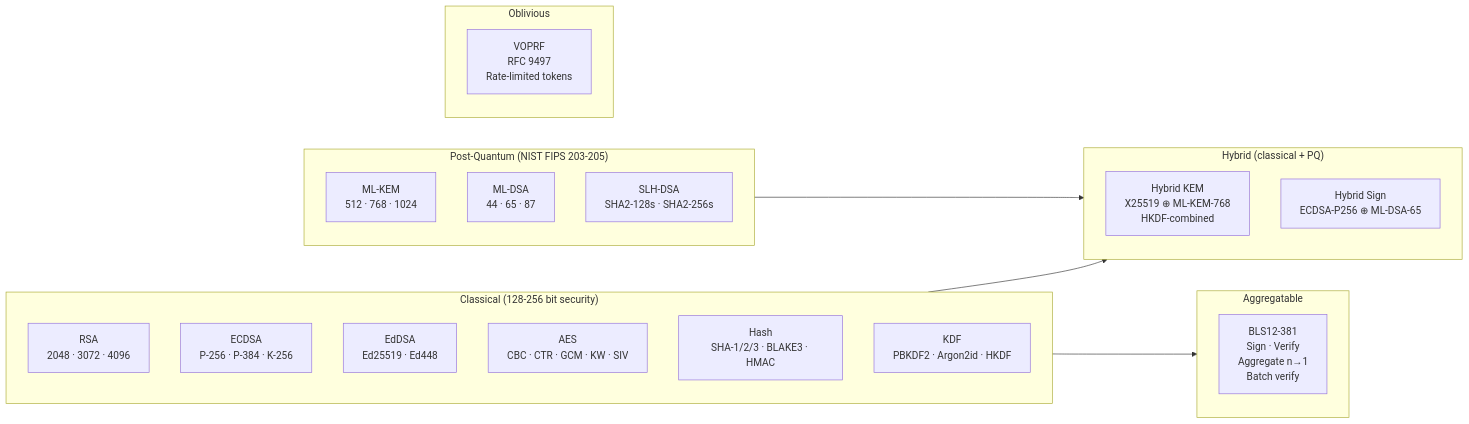
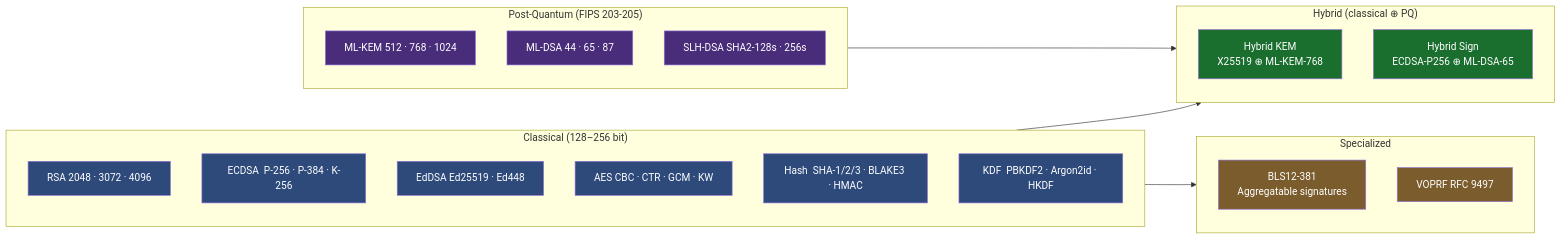
One commit to sonoransun/multicraton-hsm-testnet changed the second of 16 diagrams in README.md. Above: the diagram before and after it, drawn with Mermaid. The commit also changed other lines of this file and 28 other files, not shown here.

````diff
--- a/README.md
+++ b/README.md
@@ -84,34 +90,44 @@
 ```mermaid
 graph LR
-    subgraph CLASS["Classical  (128-256 bit security)"]
-        RSA["RSA<br/>2048 · 3072 · 4096"]
-        EC["ECDSA<br/>P-256 · P-384 · K-256"]
-        ED["EdDSA<br/>Ed25519 · Ed448"]
-        AES["AES<br/>CBC · CTR · GCM · KW · SIV"]
-        SHA["Hash<br/>SHA-1/2/3 · BLAKE3 · HMAC"]
-        KDF["KDF<br/>PBKDF2 · Argon2id · HKDF"]
+    subgraph CLASS["Classical  (128–256 bit)"]
+        direction TB
+        RSA["RSA  2048 · 3072 · 4096"]
+        EC["ECDSA  P-256 · P-384 · K-256"]
+        ED["EdDSA  Ed25519 · Ed448"]
+        AES["AES  CBC · CTR · GCM · KW"]
+        SHA["Hash  SHA-1/2/3 · BLAKE3 · HMAC"]
+        KDF["KDF  PBKDF2 · Argon2id · HKDF"]
     end
 
-    subgraph PQC["Post-Quantum  (NIST FIPS 203-205)"]
-        KEM["ML-KEM<br/>512 · 768 · 1024"]
-        DSA["ML-DSA<br/>44 · 65 · 87"]
-        SLH["SLH-DSA<br/>SHA2-128s · SHA2-256s"]
+    subgraph PQC["Post-Quantum  (FIPS 203-205)"]
+        direction TB
+        KEM["ML-KEM  512 · 768 · 1024"]
+        DSA["ML-DSA  44 · 65 · 87"]
+        SLH["SLH-DSA  SHA2-128s · 256s"]
     end
 
-    subgraph HYBRID["Hybrid  (classical + PQ)"]
-        HK["Hybrid KEM<br/>X25519 ⊕ ML-KEM-768<br/>HKDF-combined"]
+    subgraph HYBRID["Hybrid  (classical ⊕ PQ)"]
+        direction TB
+        HK["Hybrid KEM<br/>X25519 ⊕ ML-KEM-768"]
         HS["Hybrid Sign<br/>ECDSA-P256 ⊕ ML-DSA-65"]
     end
 
-    subgraph AGG["Aggregatable"]
-        BLS["BLS12-381<br/>Sign · Verify<br/>Aggregate n→1<br/>Batch verify"]
-    end
-
-    subgraph OPRF["Oblivious"]
-        VF["VOPRF<br/>RFC 9497<br/>Rate-limited tokens"]
+    subgraph SPECIAL["Specialized"]
+        direction TB
+        BLS["BLS12-381<br/>Aggregatable signatures"]
+        VF["VOPRF  RFC 9497"]
     end
 
     CLASS --> HYBRID
-    PQC  --> HYBRID
-    CLASS --> AGG
+    PQC --> HYBRID
+    CLASS --> SPECIAL
+
+    classDef classical fill:#2d4a7a,color:#fff
+    classDef pqc fill:#4a2d7a,color:#fff
+    classDef hybrid fill:#1a6e2e,color:#fff
+    classDef special fill:#7a5c2d,color:#fff
+    class RSA,EC,ED,AES,SHA,KDF classical
+    class KEM,DSA,SLH pqc
+    class HK,HS hybrid
+    class BLS,VF special
 ```
````
